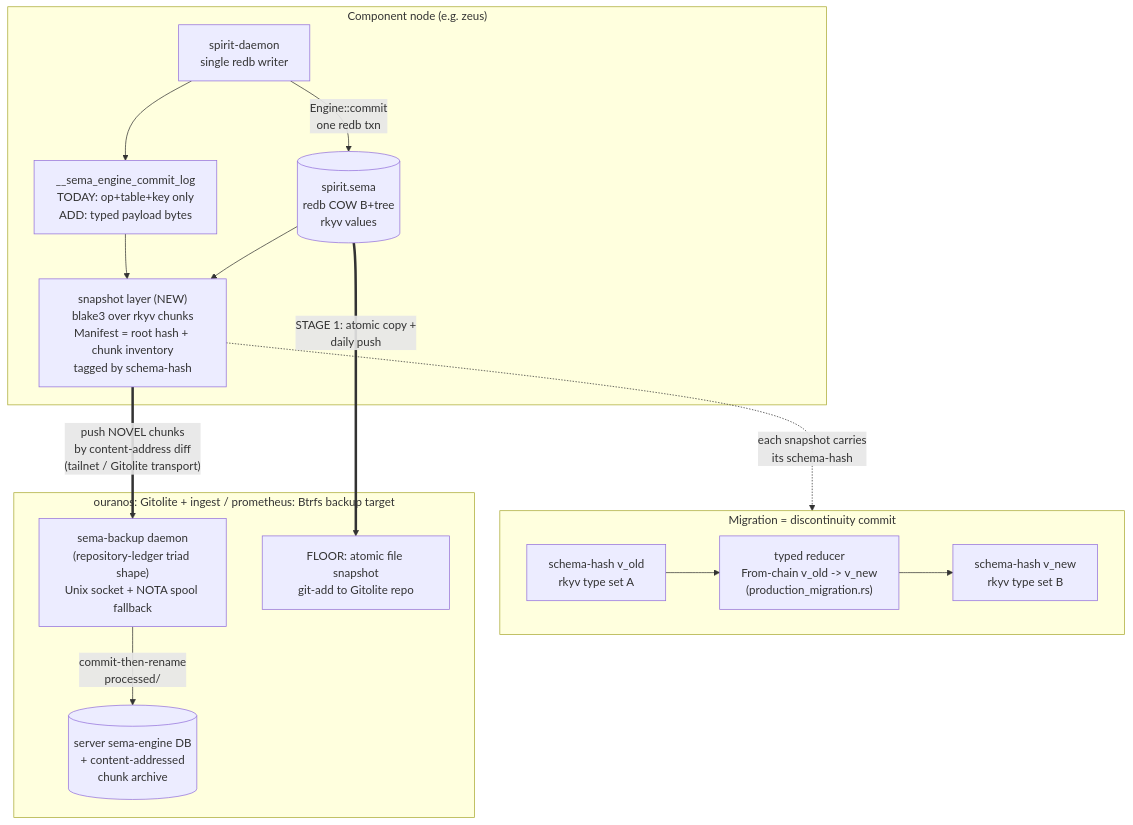
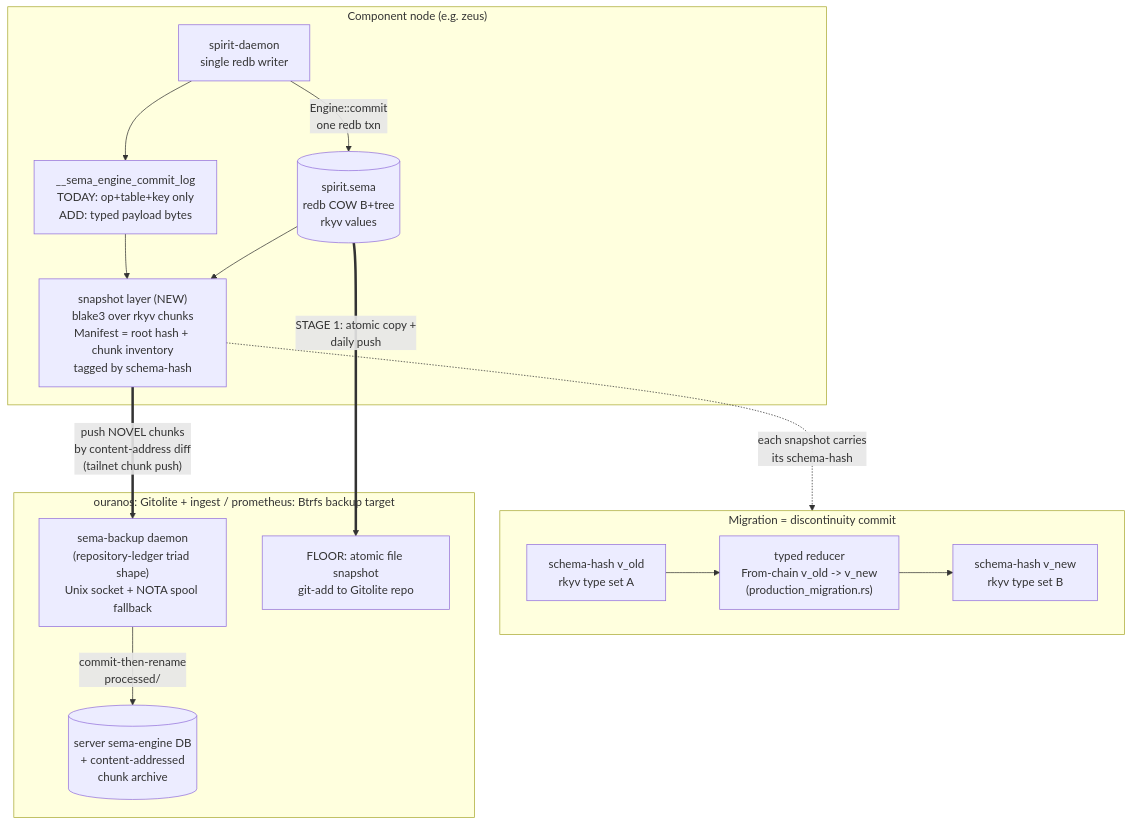
One commit to LiGoldragon/primary changed the diagram in reports/system-designer/91-component-db-version-control/6-synthesis.md. Above: the diagram before and after it, drawn with Mermaid. The commit also changed other lines of this file and 1 other file, not shown here.

````diff
--- a/reports/system-designer/91-component-db-version-control/6-synthesis.md
+++ b/reports/system-designer/91-component-db-version-control/6-synthesis.md
@@ -59,31 +59,31 @@
 ```mermaid
 flowchart TB
   subgraph node["Component node (e.g. zeus)"]
     daemon["spirit-daemon\nsingle redb writer"]
     redb[("spirit.sema\nredb COW B+tree\nrkyv values")]
     log["__sema_engine_commit_log\nTODAY: op+table+key only\nADD: typed payload bytes"]
     snap["snapshot layer (NEW)\nblake3 over rkyv chunks\nManifest = root hash + chunk inventory\ntagged by schema-hash"]
     daemon -->|"Engine::commit\none redb txn"| redb
     daemon --> log
     log --> snap
     redb --> snap
   end
 
   subgraph mig["Migration = discontinuity commit"]
     v_old["schema-hash v_old\nrkyv type set A"]
     reducer["typed reducer\nFrom-chain v_old -> v_new\n(production_migration.rs)"]
     v_new["schema-hash v_new\nrkyv type set B"]
     v_old --> reducer --> v_new
   end
   snap -.->|"each snapshot carries\nits schema-hash"| mig
 
   subgraph server["ouranos: Gitolite + ingest  /  prometheus: Btrfs backup target"]
     ingest["sema-backup daemon\n(repository-ledger triad shape)\nUnix socket + NOTA spool fallback"]
     sstore[("server sema-engine DB\n+ content-addressed\nchunk archive")]
     floor["FLOOR: atomic file snapshot\ngit-add to Gitolite repo"]
     ingest -->|"commit-then-rename\nprocessed/"| sstore
   end
 
-  snap ==>|"push NOVEL chunks\nby content-address diff\n(tailnet / Gitolite transport)"| ingest
+  snap ==>|"push NOVEL chunks\nby content-address diff\n(tailnet chunk push)"| ingest
   redb ==>|"STAGE 1: atomic copy +\ndaily push"| floor
 ```
````
